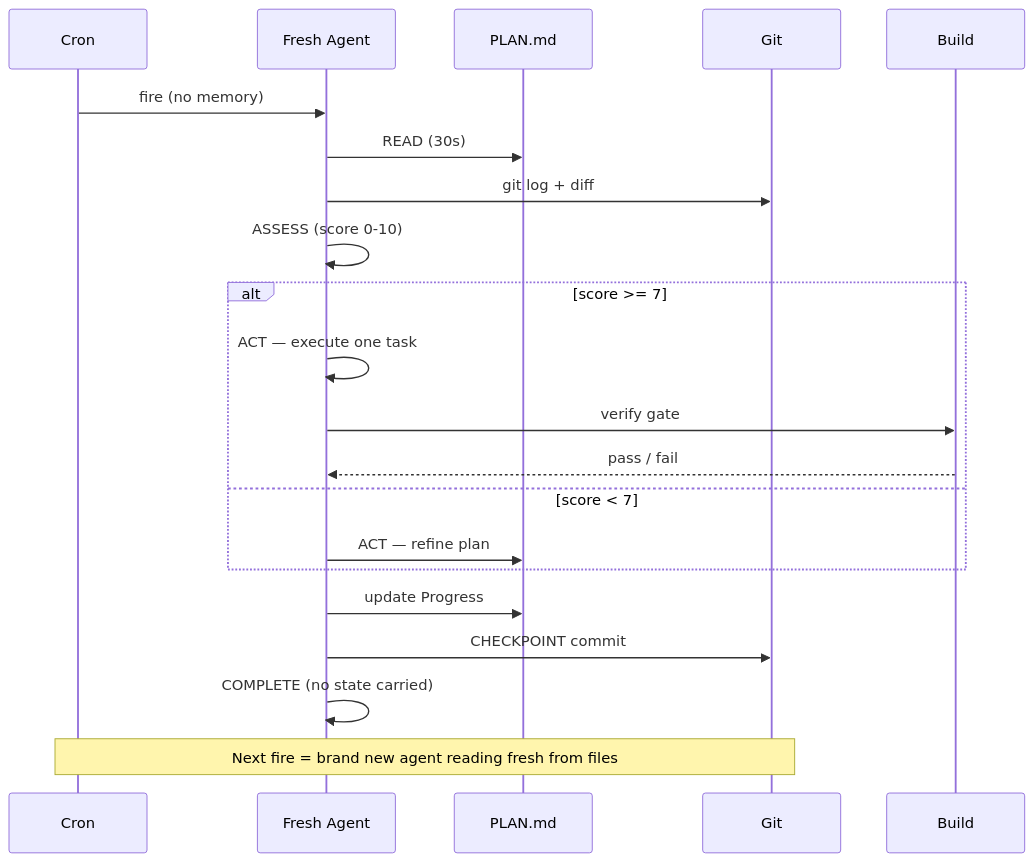
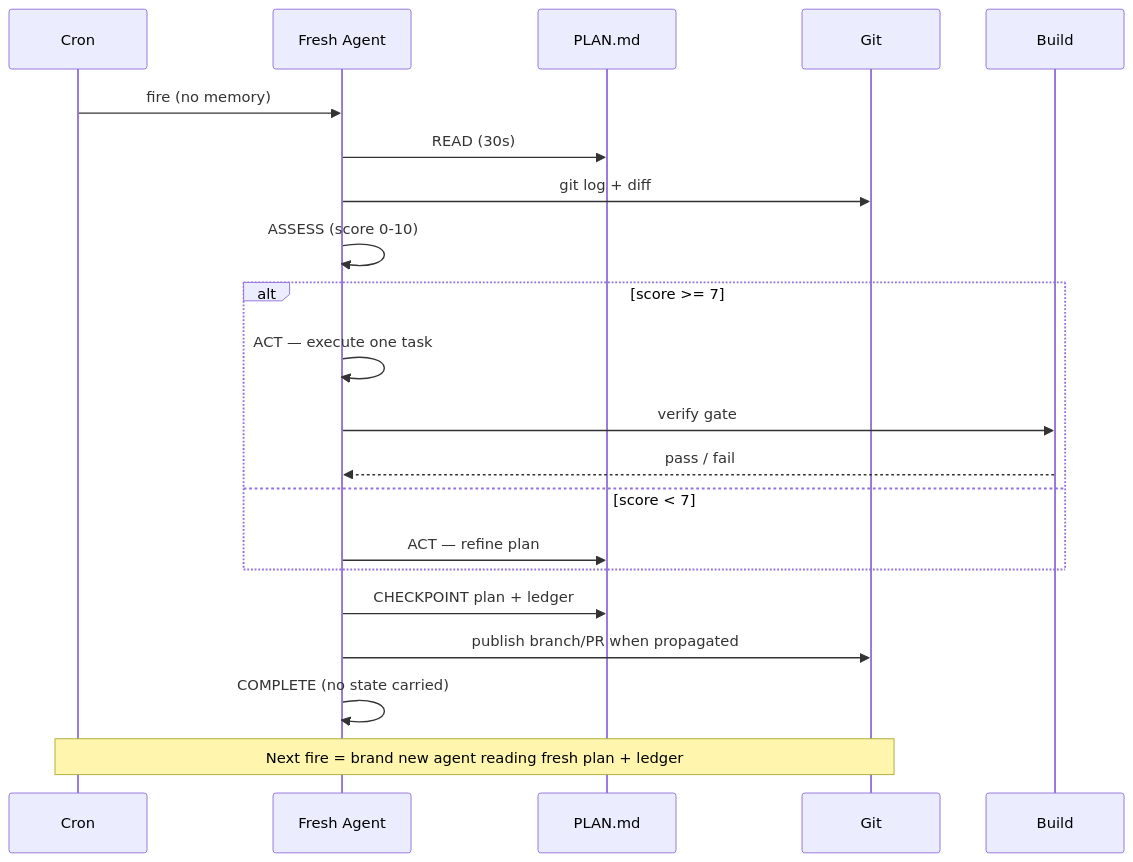
One commit to firstbitelabsllc/shadow changed the diagram in LOOP.md. Above: the diagram before and after it, drawn with Mermaid. The commit also changed other lines of this file and 397 other files, not shown here.

````diff
--- a/LOOP.md
+++ b/LOOP.md
@@ -13,24 +14,24 @@
 ```mermaid
 sequenceDiagram
     participant Cron
     participant Agent as Fresh Agent
     participant Plan as PLAN.md
     participant Git
     participant Build
 
     Cron->>Agent: fire (no memory)
     Agent->>Plan: READ (30s)
     Agent->>Git: git log + diff
     Agent->>Agent: ASSESS (score 0-10)
     alt score >= 7
         Agent->>Agent: ACT — execute one task
         Agent->>Build: verify gate
         Build-->>Agent: pass / fail
     else score < 7
         Agent->>Plan: ACT — refine plan
     end
-    Agent->>Plan: update Progress
-    Agent->>Git: CHECKPOINT commit
+    Agent->>Plan: CHECKPOINT plan + ledger
+    Agent->>Git: publish branch/PR when propagated
     Agent->>Agent: COMPLETE (no state carried)
-    Note over Cron,Git: Next fire = brand new agent reading fresh from files
+    Note over Cron,Git: Next fire = brand new agent reading fresh plan + ledger
 ```
````
